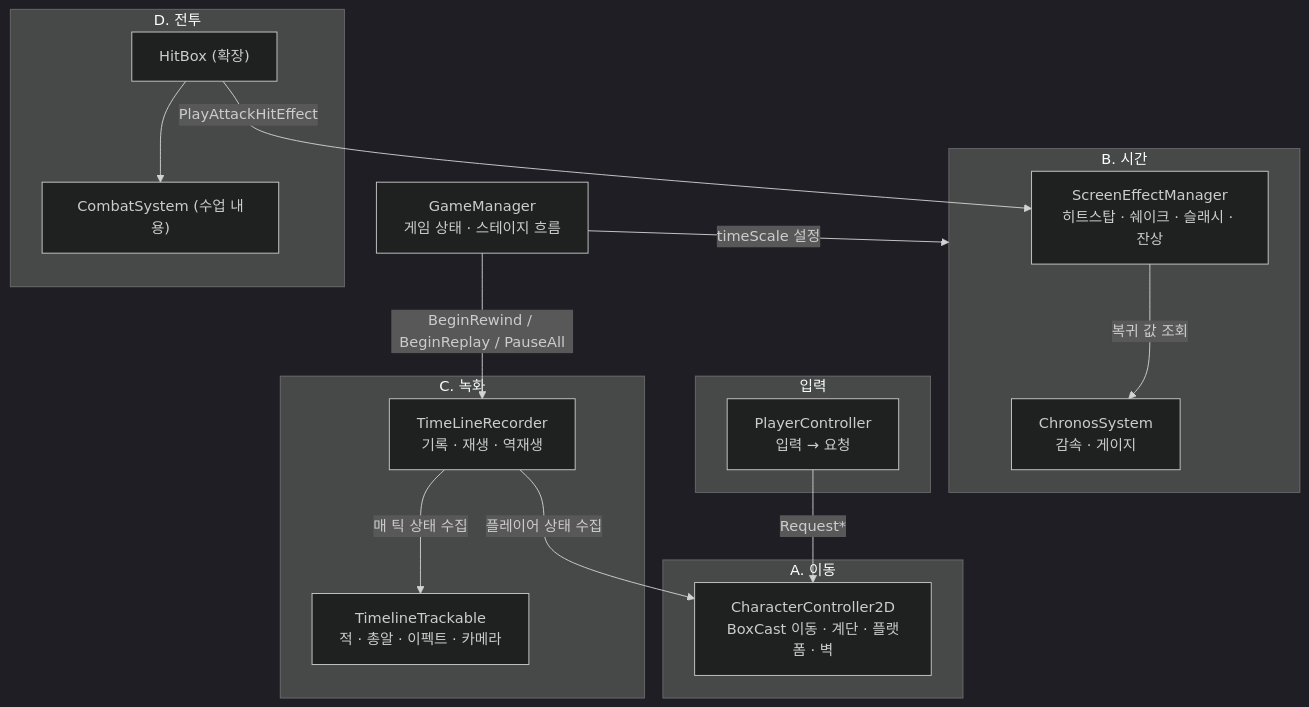
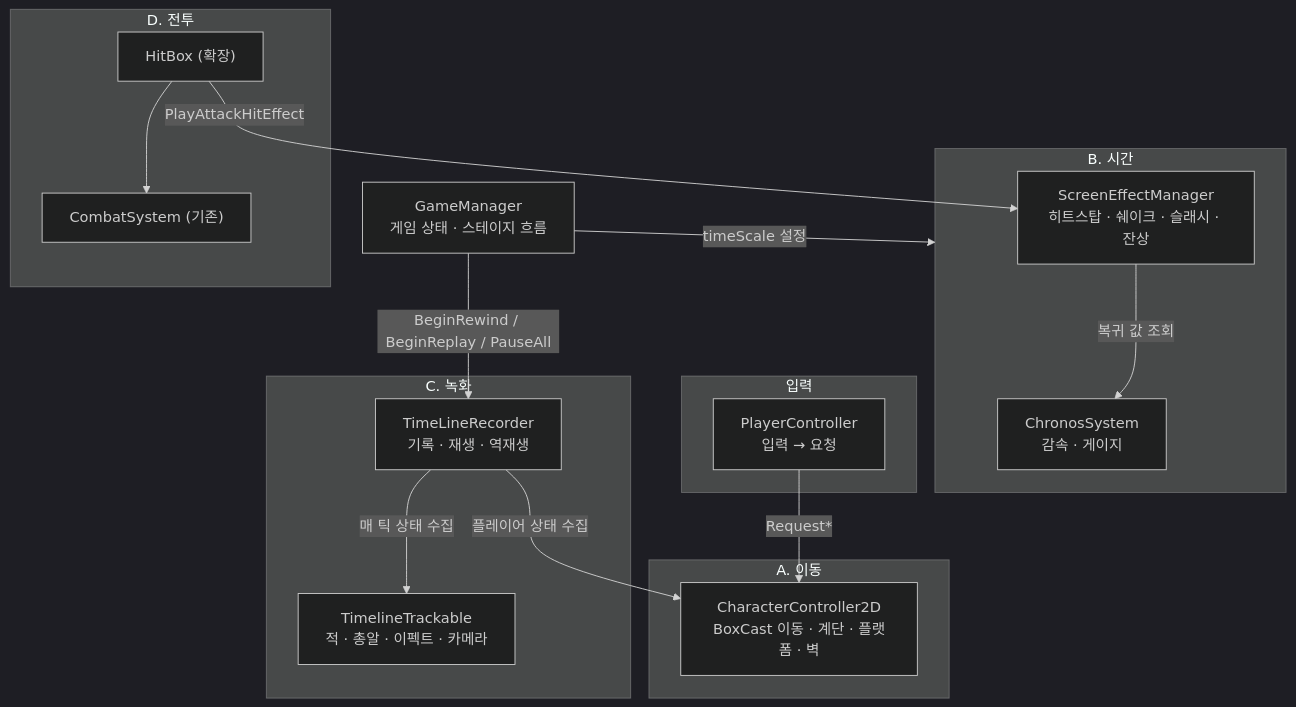
Before and after one commit to NaJungWon/portfolio: the sixth of 6 diagrams in src/03-katana-zero/기술문서.md, drawn with Mermaid (dark theme). The commit also changed other lines of this file and 3 other files, not shown here.

````diff
--- a/src/03-katana-zero/기술문서.md
+++ b/src/03-katana-zero/기술문서.md
@@ -1006,29 +1006,29 @@
 ```mermaid
 flowchart TB
     subgraph Input["입력"]
         PC["PlayerController<br/>입력 → 요청"]
     end
     subgraph Move["A. 이동"]
         CC["CharacterController2D<br/>BoxCast 이동 · 계단 · 플랫폼 · 벽"]
     end
     subgraph Time["B. 시간"]
         CH["ChronosSystem<br/>감속 · 게이지"]
         HS["ScreenEffectManager<br/>히트스탑 · 쉐이크 · 슬래시 · 잔상"]
     end
     subgraph Rec["C. 녹화"]
         TR["TimeLineRecorder<br/>기록 · 재생 · 역재생"]
         TT["TimelineTrackable<br/>적 · 총알 · 이펙트 · 카메라"]
     end
     subgraph Combat["D. 전투"]
-        HB["HitBox (확장)"] --> CS["CombatSystem (수업 내용)"]
+        HB["HitBox (확장)"] --> CS["CombatSystem (기존)"]
     end
     GM["GameManager<br/>게임 상태 · 스테이지 흐름"]
 
     PC -->|Request*| CC
     GM -->|BeginRewind / BeginReplay / PauseAll| TR
     GM -->|timeScale 설정| Time
     TR -->|매 틱 상태 수집| TT
     TR -->|플레이어 상태 수집| CC
     HB -->|PlayAttackHitEffect| HS
     HS -->|복귀 값 조회| CH
 ```
````
